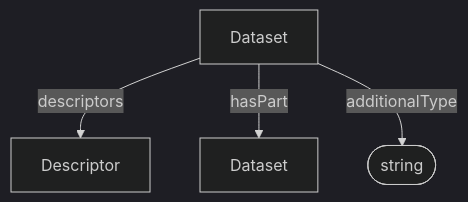
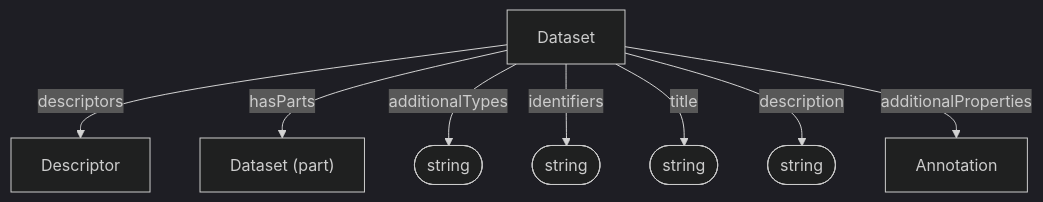
The diagram in docs/spec/semantic_designation/Dataset.md (HLWeil/ARC-base-model), drawn with Mermaid (dark theme) before and after one commit. The commit also changed other lines of this file and 1 other file, not shown here.

Commit message:
docs: align semantic designation dataset contract

````diff
--- a/docs/spec/semantic_designation/Dataset.md
+++ b/docs/spec/semantic_designation/Dataset.md
@@ -27,8 +35,15 @@
 ```mermaid
 flowchart TD
-    additionalType@{ shape: stadium, label: "string" }
+    additionalTypes@{ shape: stadium, label: "string" }
+    identifiers@{ shape: stadium, label: "string" }
+    title@{ shape: stadium, label: "string" }
+    description@{ shape: stadium, label: "string" }
 
     Dataset --descriptors--> Descriptor
-    Dataset --hasPart--> NestedDataset[Dataset]
-    Dataset --additionalType--> additionalType
+    Dataset --hasParts--> NestedDataset["Dataset (part)"]
+    Dataset --additionalTypes--> additionalTypes
+    Dataset --identifiers--> identifiers
+    Dataset --title--> title
+    Dataset --description--> description
+    Dataset --additionalProperties--> Annotation
 ```
````
